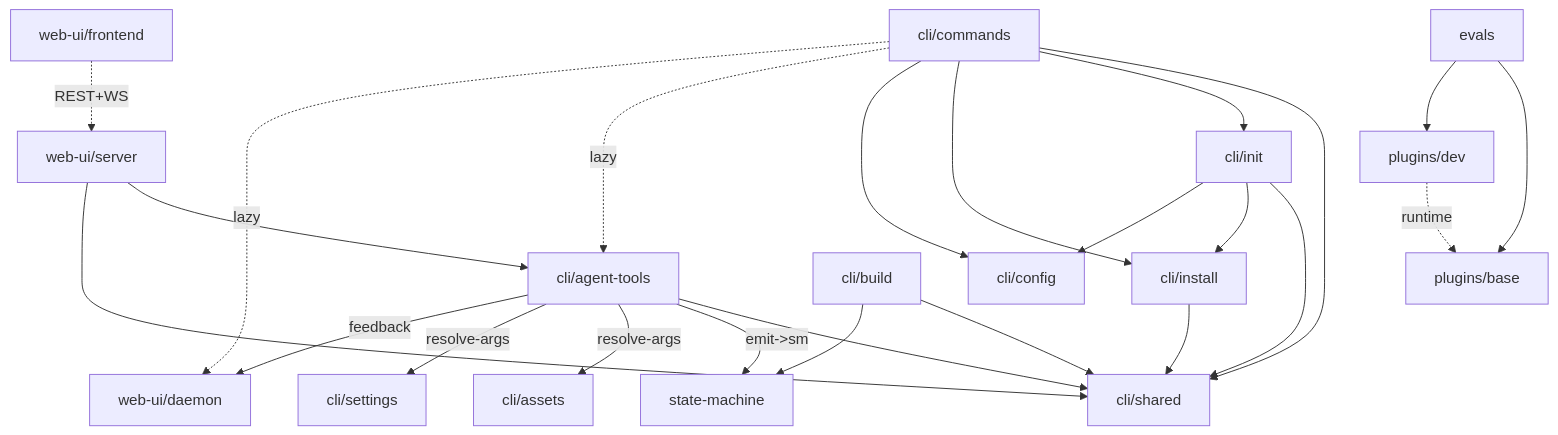
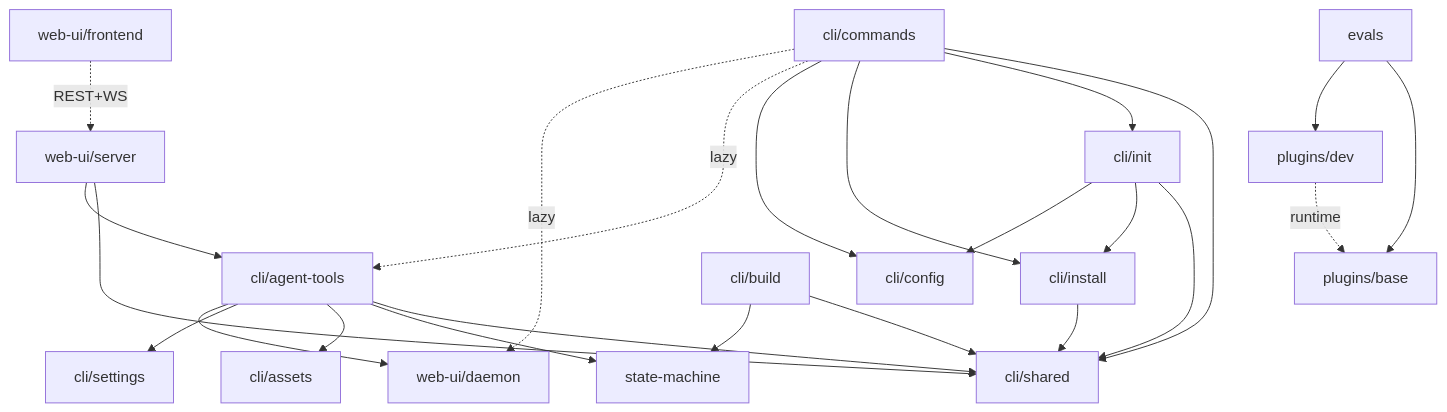
The diagram in .rp1/context/modules.md (rp1-run/rp1), drawn with Mermaid before and after one commit. The commit also changed other lines of this file and 6 other files, not shown here.

````diff
--- a/.rp1/context/modules.md
+++ b/.rp1/context/modules.md
@@ -147,26 +132,26 @@
 ```mermaid
 graph TD
-    Commands["cli/commands"] --> Shared["cli/shared"]
-    Commands --> Init["cli/init"]
-    Commands --> Install["cli/install"]
-    Commands --> Config["cli/config"]
-    Commands -.->|lazy| AgentTools["cli/agent-tools"]
-    Commands -.->|lazy| Daemon["web-ui/daemon"]
+    Commands[cli/commands] --> Shared[cli/shared]
+    Commands --> Init[cli/init]
+    Commands --> Install[cli/install]
+    Commands --> Config[cli/config]
+    Commands -.->|lazy| AgentTools[cli/agent-tools]
+    Commands -.->|lazy| Daemon[web-ui/daemon]
     AgentTools --> Shared
-    AgentTools -->|emit->sm| SM["state-machine"]
-    AgentTools -->|resolve-args| Assets["cli/assets"]
-    AgentTools -->|resolve-args| Settings["cli/settings"]
-    AgentTools -->|feedback| Daemon
-    Build["cli/build"] --> Shared
+    AgentTools --> SM[state-machine]
+    AgentTools --> Assets[cli/assets]
+    AgentTools --> Settings[cli/settings]
+    AgentTools --> Daemon
+    Build[cli/build] --> Shared
     Build --> SM
-    Install --> Shared
     Init --> Shared
     Init --> Install
     Init --> Config
-    Server["web-ui/server"] --> AgentTools
-    Server --> Shared
-    Frontend["web-ui/frontend"] -.->|REST+WS| Server
-    PluginsDev["plugins/dev"] -.->|runtime| PluginsBase["plugins/base"]
-    Evals["evals"] --> PluginsBase
-    Evals --> PluginsDev
+    Install --> Shared
+    Server[web-ui/server] --> Shared
+    Server --> AgentTools
+    Frontend[web-ui/frontend] -.->|REST+WS| Server
+    DevPlugin[plugins/dev] -.->|runtime| BasePlugin[plugins/base]
+    Evals[evals] --> BasePlugin
+    Evals --> DevPlugin
 ```
````
